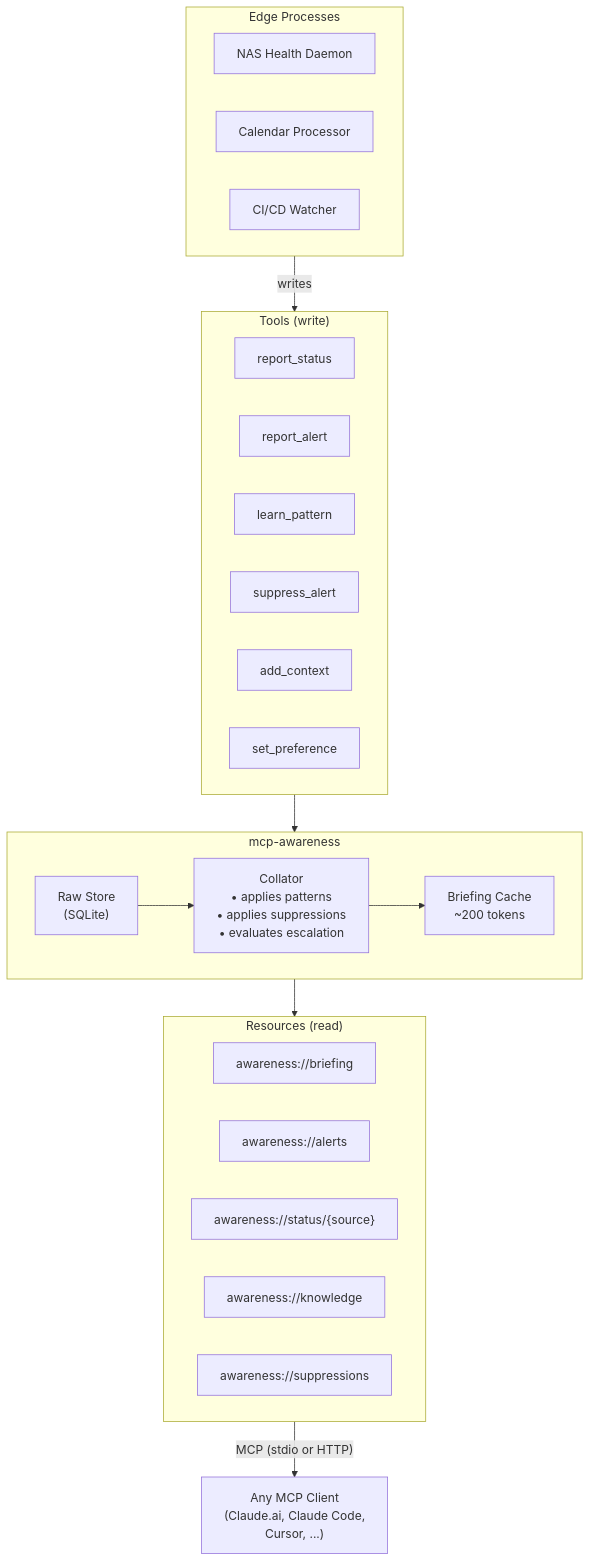
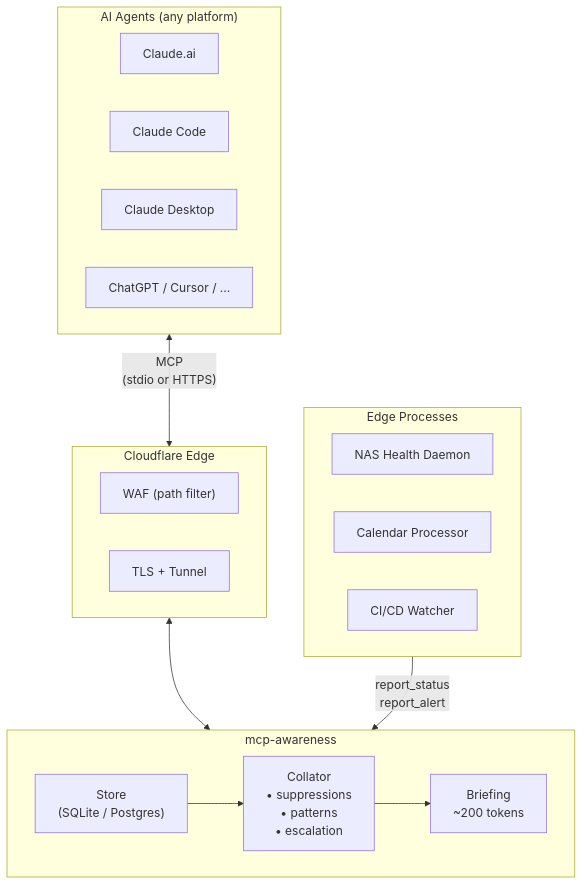
Before and after one commit to cmeans/mcp-awareness: the diagram in README.md, drawn with Mermaid. The commit also changed other lines of this file and 10 other files, not shown here.

````diff
--- a/README.md
+++ b/README.md
@@ -40,38 +68,32 @@
 ```mermaid
 flowchart TB
+    subgraph Agents["AI Agents (any platform)"]
+        A1["Claude.ai"]
+        A2["Claude Code"]
+        A3["Claude Desktop"]
+        A4["ChatGPT / Cursor / ..."]
+    end
+
+    subgraph Security["Cloudflare Edge"]
+        WAF["WAF (path filter)"]
+        TLS["TLS + Tunnel"]
+    end
+
     subgraph Edge["Edge Processes"]
         E1["NAS Health Daemon"]
         E2["Calendar Processor"]
         E3["CI/CD Watcher"]
     end
 
     subgraph Server["mcp-awareness"]
         direction LR
-        Store["Raw Store\n(SQLite)"]
-        Collator["Collator\n• applies patterns\n• applies suppressions\n• evaluates escalation"]
-        Briefing["Briefing Cache\n~200 tokens"]
+        Store["Store\n(SQLite / Postgres)"]
+        Collator["Collator\n• suppressions\n• patterns\n• escalation"]
+        Briefing["Briefing\n~200 tokens"]
         Store --> Collator --> Briefing
     end
 
-    subgraph Resources["Resources (read)"]
-        R1["awareness://briefing"]
-        R2["awareness://alerts"]
-        R3["awareness://status/{source}"]
-        R4["awareness://knowledge"]
-        R5["awareness://suppressions"]
-    end
-
-    subgraph Tools["Tools (write)"]
-        T1["report_status"]
-        T2["report_alert"]
-        T3["learn_pattern"]
-        T4["suppress_alert"]
-        T5["add_context"]
-        T6["set_preference"]
-    end
-
-    Edge -- "writes" --> Tools
-    Tools --> Store
-    Briefing --> Resources
-    Resources -- "MCP (stdio or HTTP)" --> Client["Any MCP Client\n(Claude.ai, Claude Code,\nCursor, ...)"]
+    Agents <-- "MCP\n(stdio or HTTPS)" --> Security
+    Security <--> Server
+    Edge -- "report_status\nreport_alert" --> Server
 ```
````
